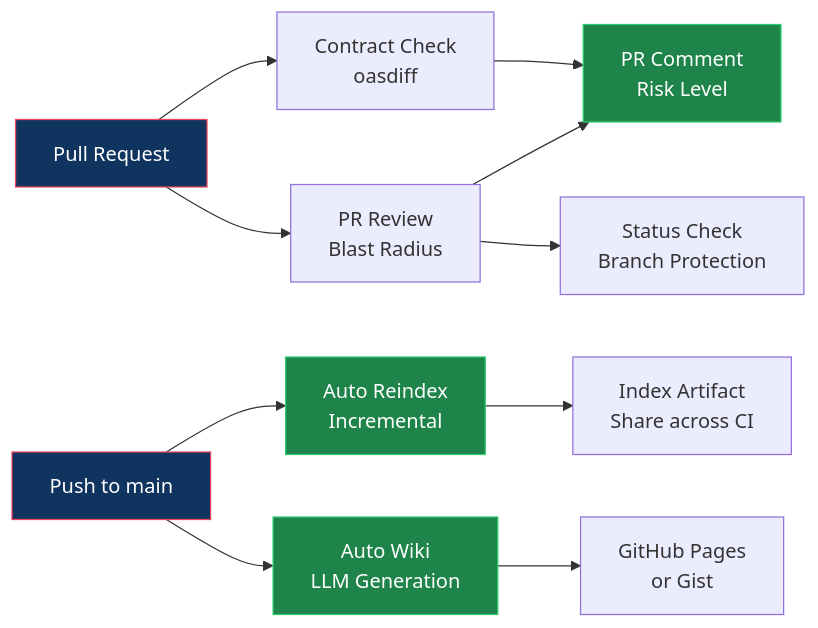
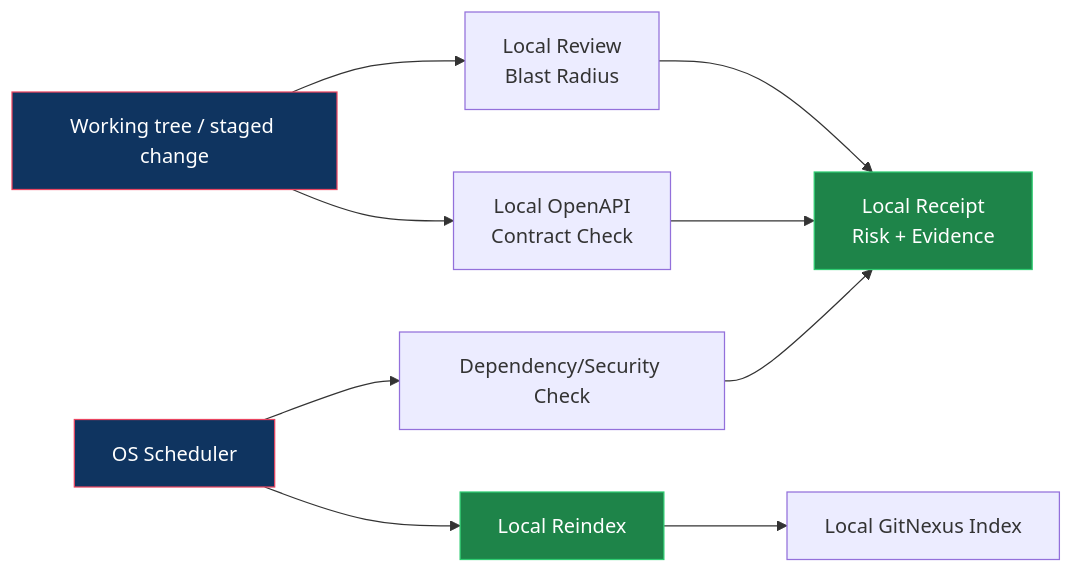
One commit to buiphucminhtam/antigravity-code-production-grade-plugin changed diagram 12 of 15 in README.vi.md. Above: the diagram before and after it, drawn with Mermaid. The commit also changed other lines of this file and 57 other files, not shown here.

````diff
--- a/README.vi.md
+++ b/README.vi.md
@@ -721,21 +723,17 @@
 ```mermaid
 flowchart LR
-    PR["Pull Request"] --> PR_REVIEW["PR Review<br/>Blast Radius"]
-    PR --> CONTRACT["Contract Check<br/>oasdiff"]
-    PR_REVIEW --> COMMENT["PR Comment<br/>Risk Level"]
-    CONTRACT --> COMMENT
+    CHANGE["Working tree / staged change"] --> REVIEW["Local Review<br/>Blast Radius"]
+    CHANGE --> CONTRACT["Local OpenAPI<br/>Contract Check"]
+    REVIEW --> RECEIPT["Local Receipt<br/>Risk + Evidence"]
+    CONTRACT --> RECEIPT
 
-    PUSH["Push to main"] --> REINDEX["Auto Reindex<br/>Incremental"]
-    PUSH --> WIKI["Auto Wiki<br/>LLM Generation"]
+    SCHEDULE["OS Scheduler"] --> REINDEX["Local Reindex"]
+    SCHEDULE --> DEPS["Dependency/Security Check"]
+    REINDEX --> LOCALINDEX["Local GitNexus Index"]
+    DEPS --> RECEIPT
 
-    REINDEX --> ARTIFACT["Index Artifact<br/>Share across CI"]
-    WIKI --> PAGES["GitHub Pages<br/>or Gist"]
-
-    PR_REVIEW --> STATUS["Status Check<br/>Branch Protection"]
-
-    style PR fill:#0f3460,stroke:#e94560,color:#fff
-    style PUSH fill:#0f3460,stroke:#e94560,color:#fff
-    style COMMENT fill:#1e8449,stroke:#2ecc71,color:#fff
+    style CHANGE fill:#0f3460,stroke:#e94560,color:#fff
+    style SCHEDULE fill:#0f3460,stroke:#e94560,color:#fff
+    style RECEIPT fill:#1e8449,stroke:#2ecc71,color:#fff
     style REINDEX fill:#1e8449,stroke:#2ecc71,color:#fff
-    style WIKI fill:#1e8449,stroke:#2ecc71,color:#fff
 ```
````
